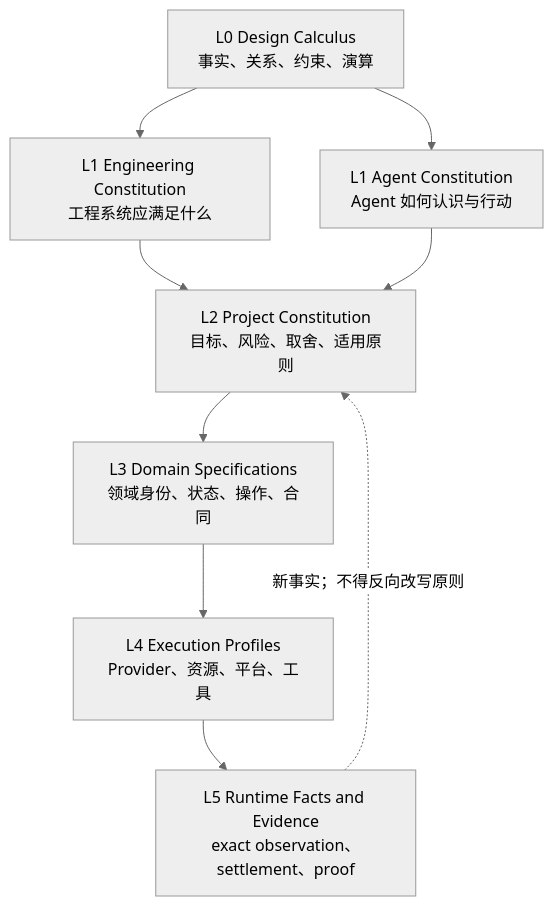
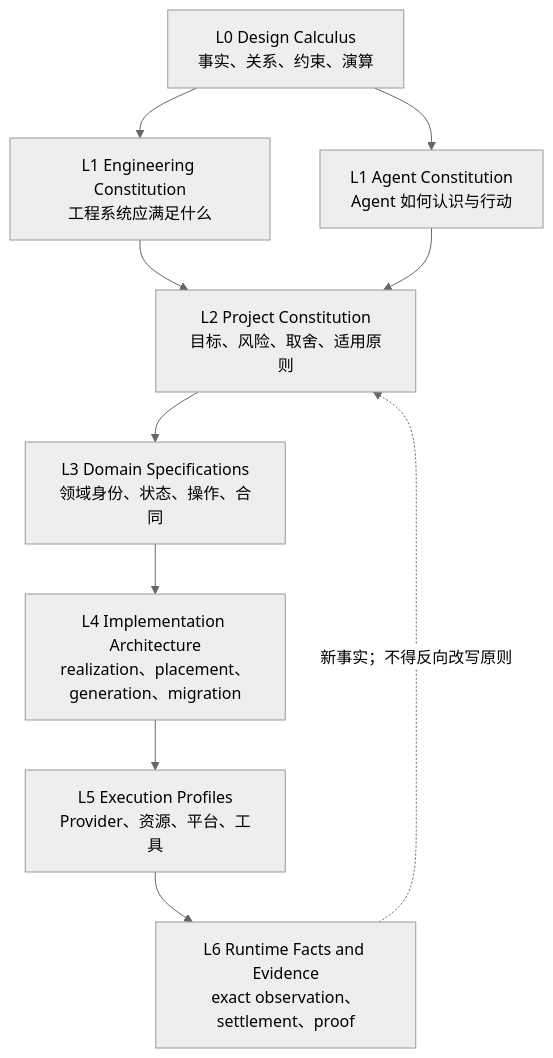
The first of 9 diagrams in docs/design-calculus.md (sec-platform/sec), drawn with Mermaid (neutral theme) before and after one commit. The commit also changed other lines of this file and 3 other files, not shown here.

Commit message:
docs: complete SEC control architecture

````diff
--- a/docs/design-calculus.md
+++ b/docs/design-calculus.md
@@ -13,18 +13,20 @@
 ```mermaid
 flowchart TB
   L0["L0 Design Calculus<br/>事实、关系、约束、演算"]
   L1E["L1 Engineering Constitution<br/>工程系统应满足什么"]
   L1A["L1 Agent Constitution<br/>Agent 如何认识与行动"]
   L2["L2 Project Constitution<br/>目标、风险、取舍、适用原则"]
   L3["L3 Domain Specifications<br/>领域身份、状态、操作、合同"]
-  L4["L4 Execution Profiles<br/>Provider、资源、平台、工具"]
-  L5["L5 Runtime Facts and Evidence<br/>exact observation、settlement、proof"]
+  L4["L4 Implementation Architecture<br/>realization、placement、generation、migration"]
+  L5["L5 Execution Profiles<br/>Provider、资源、平台、工具"]
+  L6["L6 Runtime Facts and Evidence<br/>exact observation、settlement、proof"]
   L0 --> L1E
   L0 --> L1A
   L1E --> L2
   L1A --> L2
   L2 --> L3
   L3 --> L4
   L4 --> L5
-  L5 -. "新事实；不得反向改写原则" .-> L2
+  L5 --> L6
+  L6 -. "新事实；不得反向改写原则" .-> L2
 ```
````
